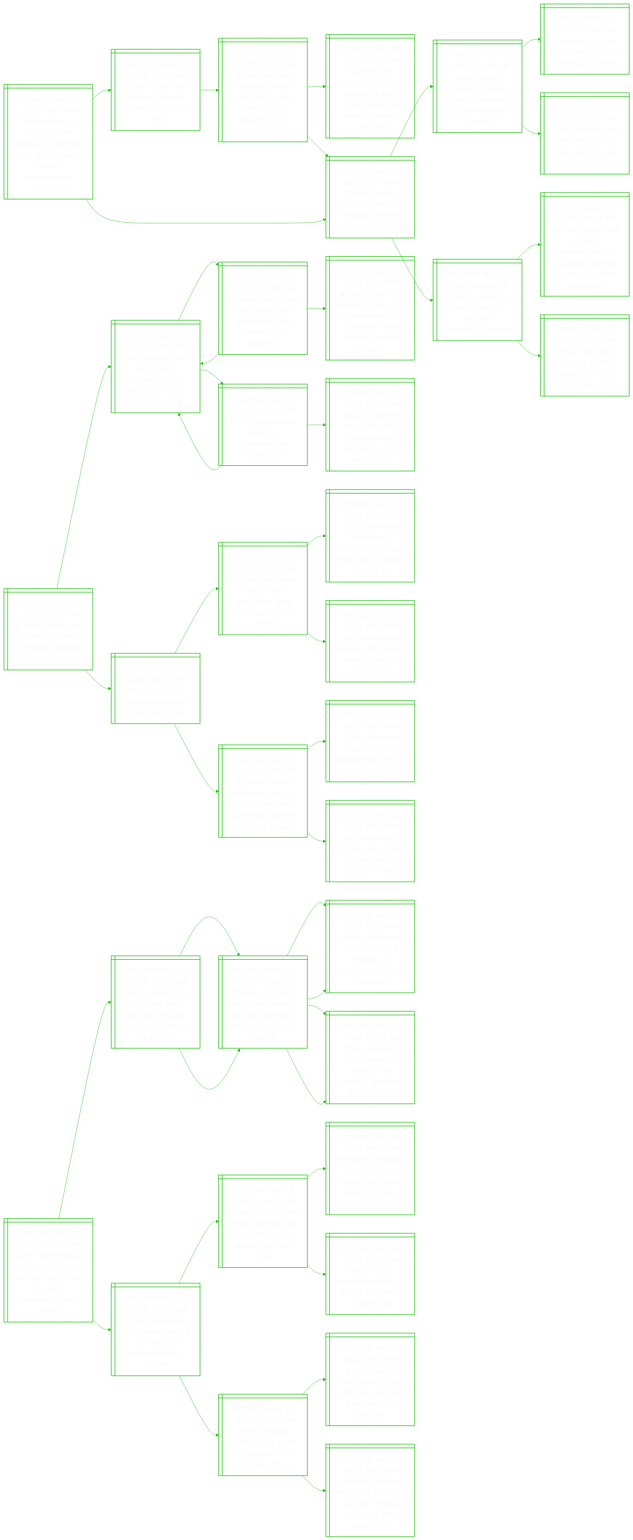
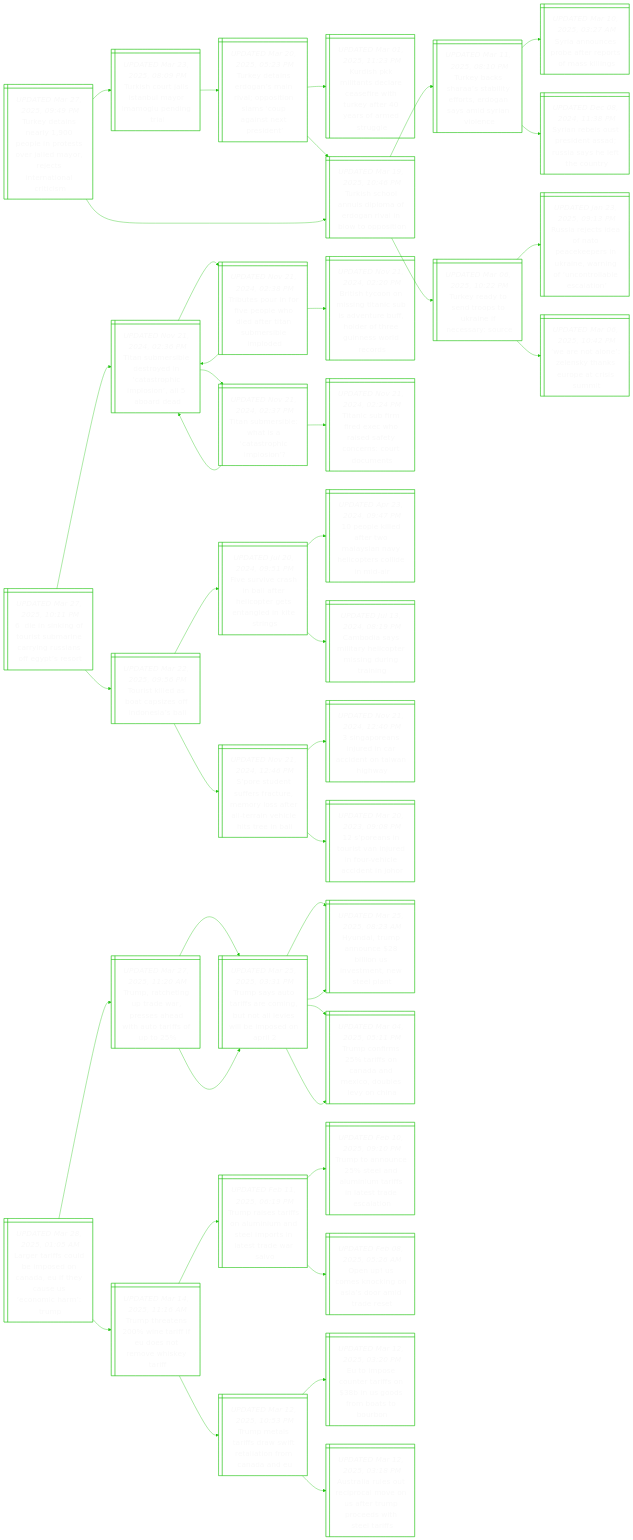
Before and after one commit to notJmes/notJmes: the diagram in README.md, drawn with Mermaid. The commit also changed other lines of this file, not shown here.

```diff
--- a/README.md
+++ b/README.md
@@ -99,7 +99,7 @@
 Ssnfrrosetiiiea:::txtsize --> Spnuncnaha:::txtsize
 Ssnfrrosetiiiea:::txtsize --> SatsieohaeJ:::txtsize
 
-LrfuieaEhuemrm@{ shape: win-pane, label: "_UPDATED Mar 27, 2025, 02:57 PM_
+LrfuieaEhuemrm@{ shape: win-pane, label: "_UPDATED Mar 28, 2025, 01:05 AM_
 Larger tariffs could be imposed on canada, eu if they cause us ‘economic harm’: trump" }
 Treudpeahtfp@{ shape: win-pane, label: "_UPDATED Mar 27, 2025, 11:20 AM_
 Trump, ratcheting up trade war, presses ahead with auto tariffs of up to 25%" }
```
